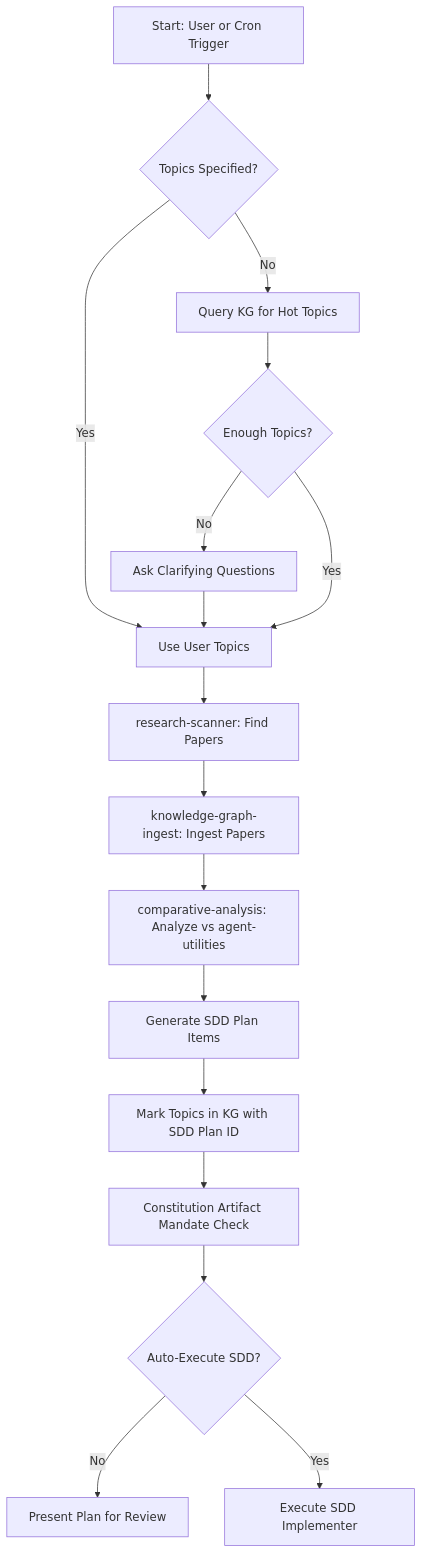
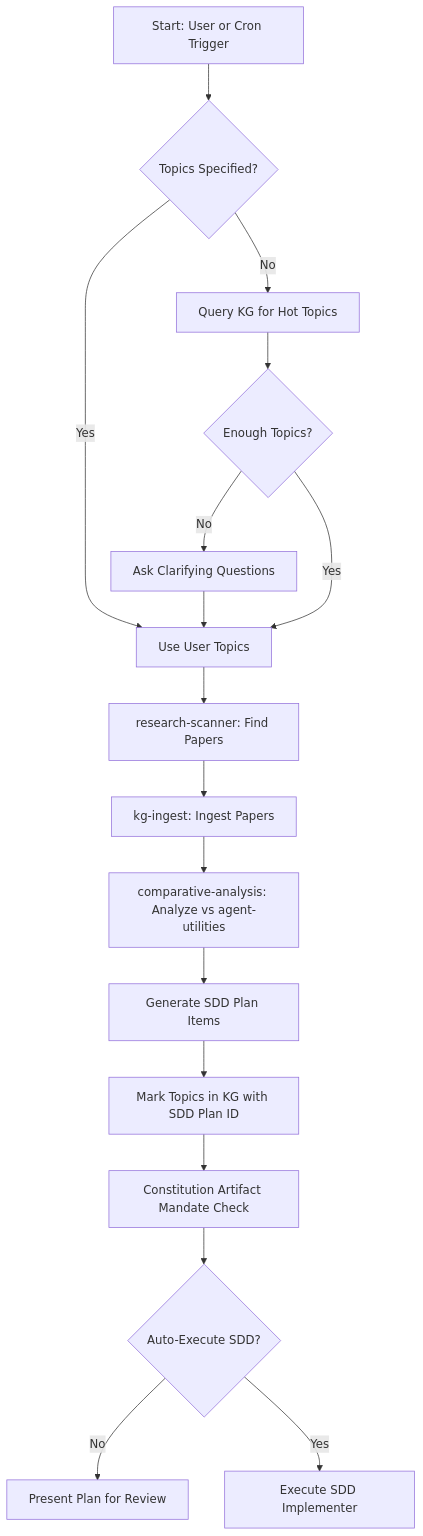
One commit to Knuckles-Team/agent-utilities changed the diagram in agent_utilities/skills/agent-utilities-evolution/SKILL.md. Above: the diagram before and after it, drawn with Mermaid. The commit also changed other lines of this file and 15 other files, not shown here.

Commit message:
refactor(skills): atomic rename knowledge-graph-ingest→kg-ingest, concept-node-extractor→kg-extract-concepts, kg-report-persister→kg-persist-report (OS-5.80)

````diff
--- a/agent_utilities/skills/agent-utilities-evolution/SKILL.md
+++ b/agent_utilities/skills/agent-utilities-evolution/SKILL.md
@@ -64,19 +64,19 @@
 ```mermaid
 flowchart TD
     A[Start: User or Cron Trigger] --> B{Topics Specified?}
     B -->|No| C[Query KG for Hot Topics]
     B -->|Yes| D[Use User Topics]
     C --> E{Enough Topics?}
     E -->|No| F[Ask Clarifying Questions]
     F --> D
     E -->|Yes| D
     D --> G[research-scanner: Find Papers]
-    G --> H[knowledge-graph-ingest: Ingest Papers]
+    G --> H[kg-ingest: Ingest Papers]
     H --> I[comparative-analysis: Analyze vs agent-utilities]
     I --> J[Generate SDD Plan Items]
     J --> K[Mark Topics in KG with SDD Plan ID]
     K --> L[Constitution Artifact Mandate Check]
     L --> M{Auto-Execute SDD?}
     M -->|No| N[Present Plan for Review]
     M -->|Yes| O[Execute SDD Implementer]
 ```
````
